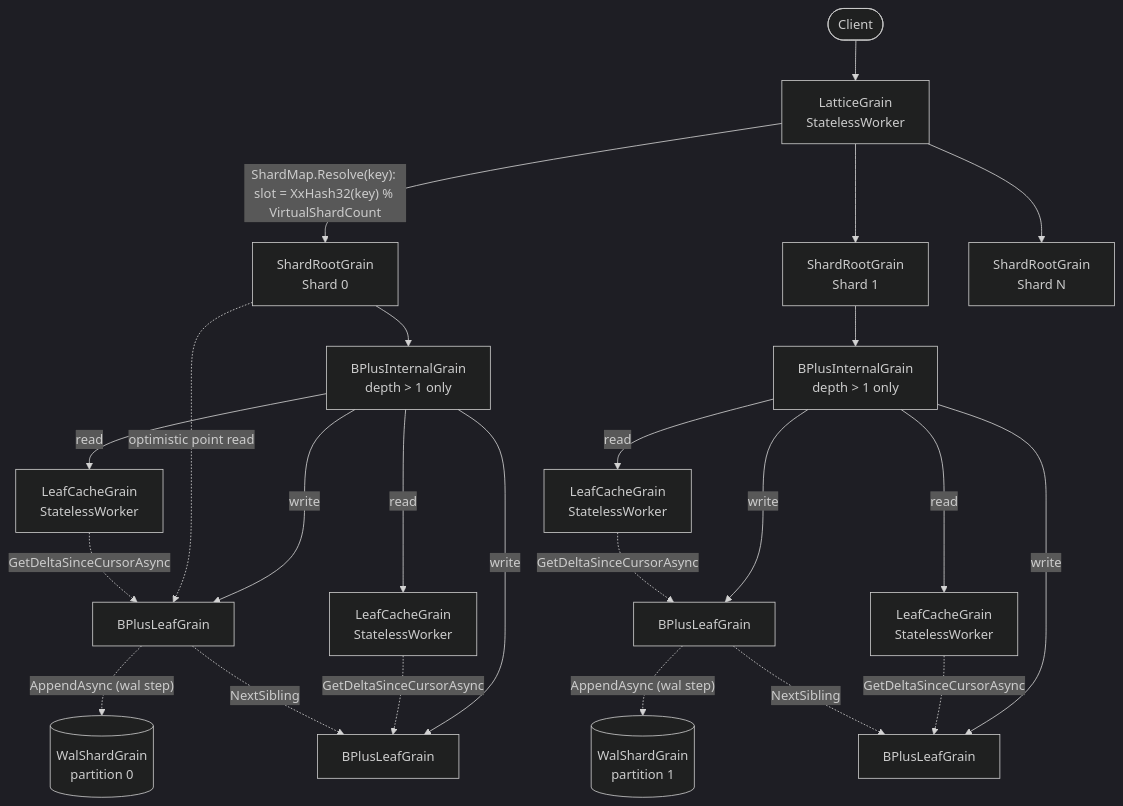
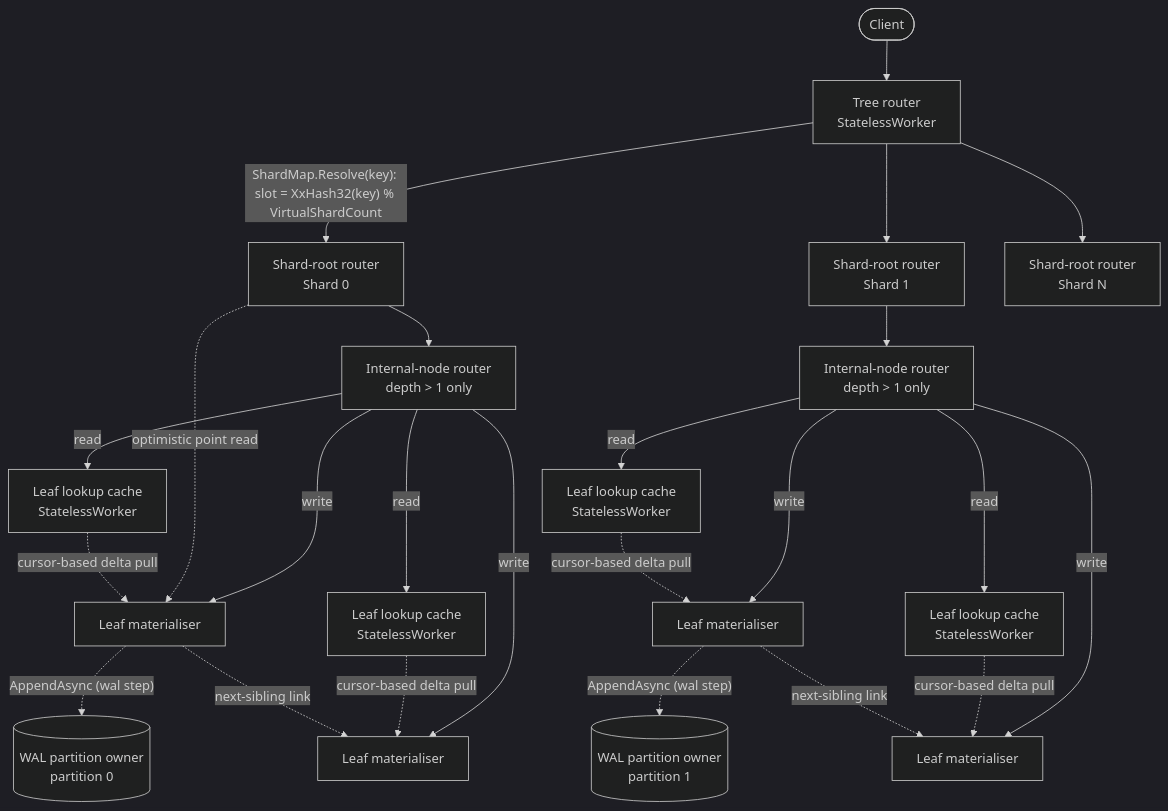
The first of 3 diagrams in docs/lattice/architecture.md (NSTA1/Orleans.Lattice), drawn with Mermaid (dark theme) before and after one commit. The commit also changed other lines of this file and 74 other files, not shown here.

````diff
--- a/docs/lattice/architecture.md
+++ b/docs/lattice/architecture.md
@@ -7,44 +7,44 @@
 ```mermaid
 flowchart TD
     Client([Client])
-    SR[LatticeGrain<br/>StatelessWorker]
-    S0[ShardRootGrain<br/>Shard 0]
-    S1[ShardRootGrain<br/>Shard 1]
-    SN[ShardRootGrain<br/>Shard N]
-    I0[BPlusInternalGrain<br/>depth > 1 only]
-    I1[BPlusInternalGrain<br/>depth > 1 only]
-    C0[LeafCacheGrain<br/>StatelessWorker]
-    C1[LeafCacheGrain<br/>StatelessWorker]
-    C2[LeafCacheGrain<br/>StatelessWorker]
-    C3[LeafCacheGrain<br/>StatelessWorker]
-    L0[BPlusLeafGrain]
-    L1[BPlusLeafGrain]
-    L2[BPlusLeafGrain]
-    L3[BPlusLeafGrain]
-    W0[(WalShardGrain<br/>partition 0)]
-    W1[(WalShardGrain<br/>partition 1)]
+    SR[Tree router<br/>StatelessWorker]
+    S0[Shard-root router<br/>Shard 0]
+    S1[Shard-root router<br/>Shard 1]
+    SN[Shard-root router<br/>Shard N]
+    I0[Internal-node router<br/>depth > 1 only]
+    I1[Internal-node router<br/>depth > 1 only]
+    C0[Leaf lookup cache<br/>StatelessWorker]
+    C1[Leaf lookup cache<br/>StatelessWorker]
+    C2[Leaf lookup cache<br/>StatelessWorker]
+    C3[Leaf lookup cache<br/>StatelessWorker]
+    L0[Leaf materialiser]
+    L1[Leaf materialiser]
+    L2[Leaf materialiser]
+    L3[Leaf materialiser]
+    W0[(WAL partition owner<br/>partition 0)]
+    W1[(WAL partition owner<br/>partition 1)]
 
     Client --> SR
     SR -->|"ShardMap.Resolve(key): slot = XxHash32(key) % VirtualShardCount"| S0
     SR --> S1
     SR --> SN
     S0 --> I0
     S1 --> I1
     I0 -->|read| C0
     I0 -->|read| C1
     I1 -->|read| C2
     I1 -->|read| C3
     I0 -->|write| L0
     I0 -->|write| L1
     I1 -->|write| L2
     I1 -->|write| L3
     S0 -.->|"optimistic point read"| L0
     L0 -. "AppendAsync (wal step)" .-> W0
     L2 -. "AppendAsync (wal step)" .-> W1
-    C0 -.->|"GetDeltaSinceCursorAsync"| L0
-    C1 -.->|"GetDeltaSinceCursorAsync"| L1
-    C2 -.->|"GetDeltaSinceCursorAsync"| L2
-    C3 -.->|"GetDeltaSinceCursorAsync"| L3
-    L0 -. "NextSibling" .-> L1
-    L2 -. "NextSibling" .-> L3
+    C0 -.->|"cursor-based delta pull"| L0
+    C1 -.->|"cursor-based delta pull"| L1
+    C2 -.->|"cursor-based delta pull"| L2
+    C3 -.->|"cursor-based delta pull"| L3
+    L0 -. "next-sibling link" .-> L1
+    L2 -. "next-sibling link" .-> L3
 ```
````
